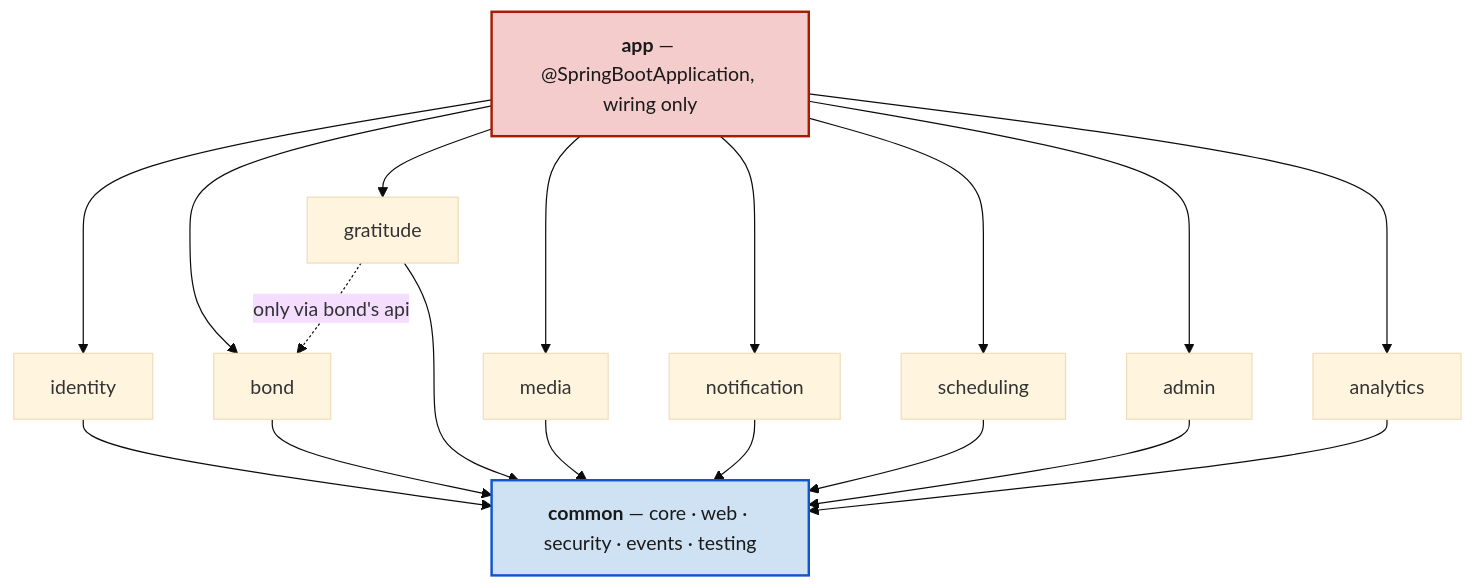
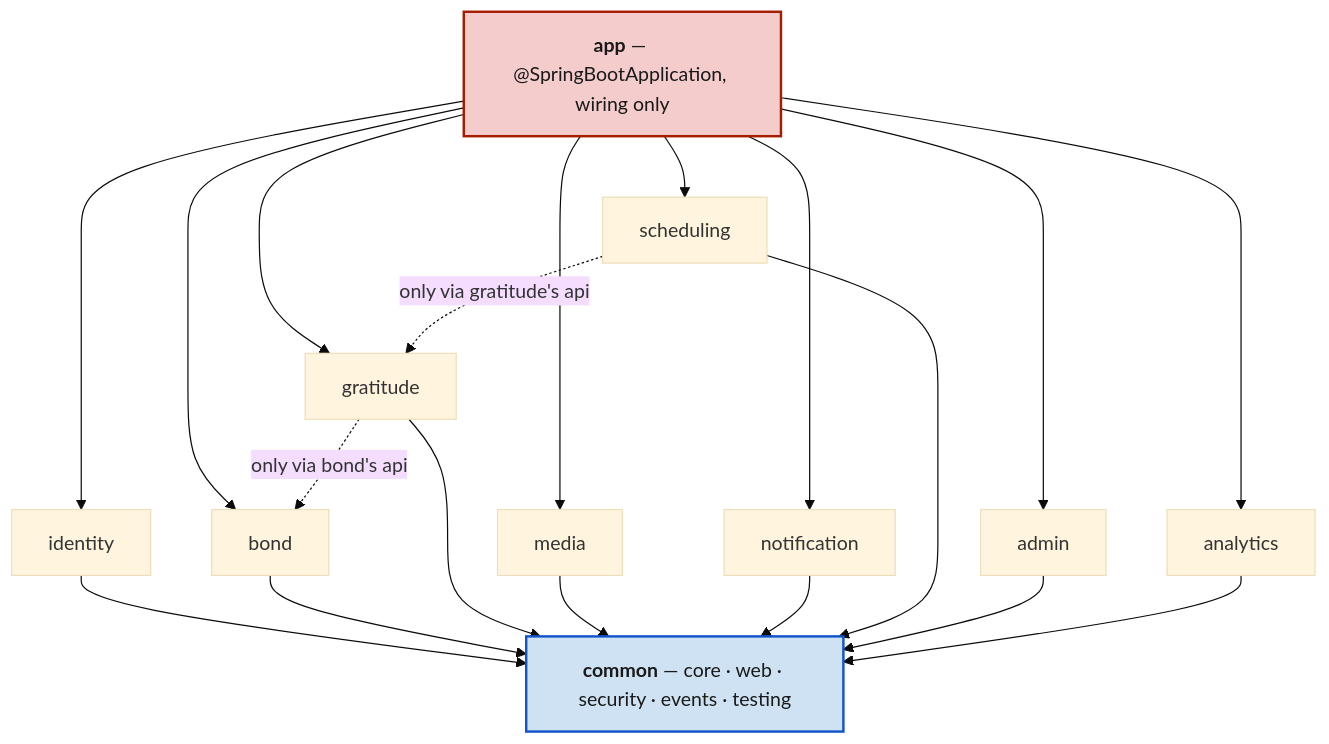
Before and after one commit to Ayodeji97/moyi-backend: the first of 2 diagrams in README.md, drawn with Mermaid (base theme). The commit also changed other lines of this file and 20 other files, not shown here.

````diff
--- a/README.md
+++ b/README.md
@@ -157,28 +157,29 @@
 ```mermaid
 flowchart TD
     app["<b>app</b> — @SpringBootApplication, wiring only"]
 
     identity["identity"]
     bond["bond"]
     gratitude["gratitude"]
     media["media"]
     notification["notification"]
     scheduling["scheduling"]
     admin["admin"]
     analytics["analytics"]
 
     common["<b>common</b> — core · web · security · events · testing"]
 
     app --> identity & bond & gratitude & media
     app --> notification & scheduling & admin & analytics
 
     identity & bond & gratitude & media --> common
     notification & scheduling & admin & analytics --> common
 
     gratitude -. "only via bond's api" .-> bond
+    scheduling -. "only via gratitude's api" .-> gratitude
 
     classDef wiring fill:#f4cccc,stroke:#a61c00,stroke-width:2px,color:#1a1a1a
     classDef shared fill:#cfe2f3,stroke:#1155cc,stroke-width:2px,color:#1a1a1a
     class app wiring
     class common shared
 ```
````
